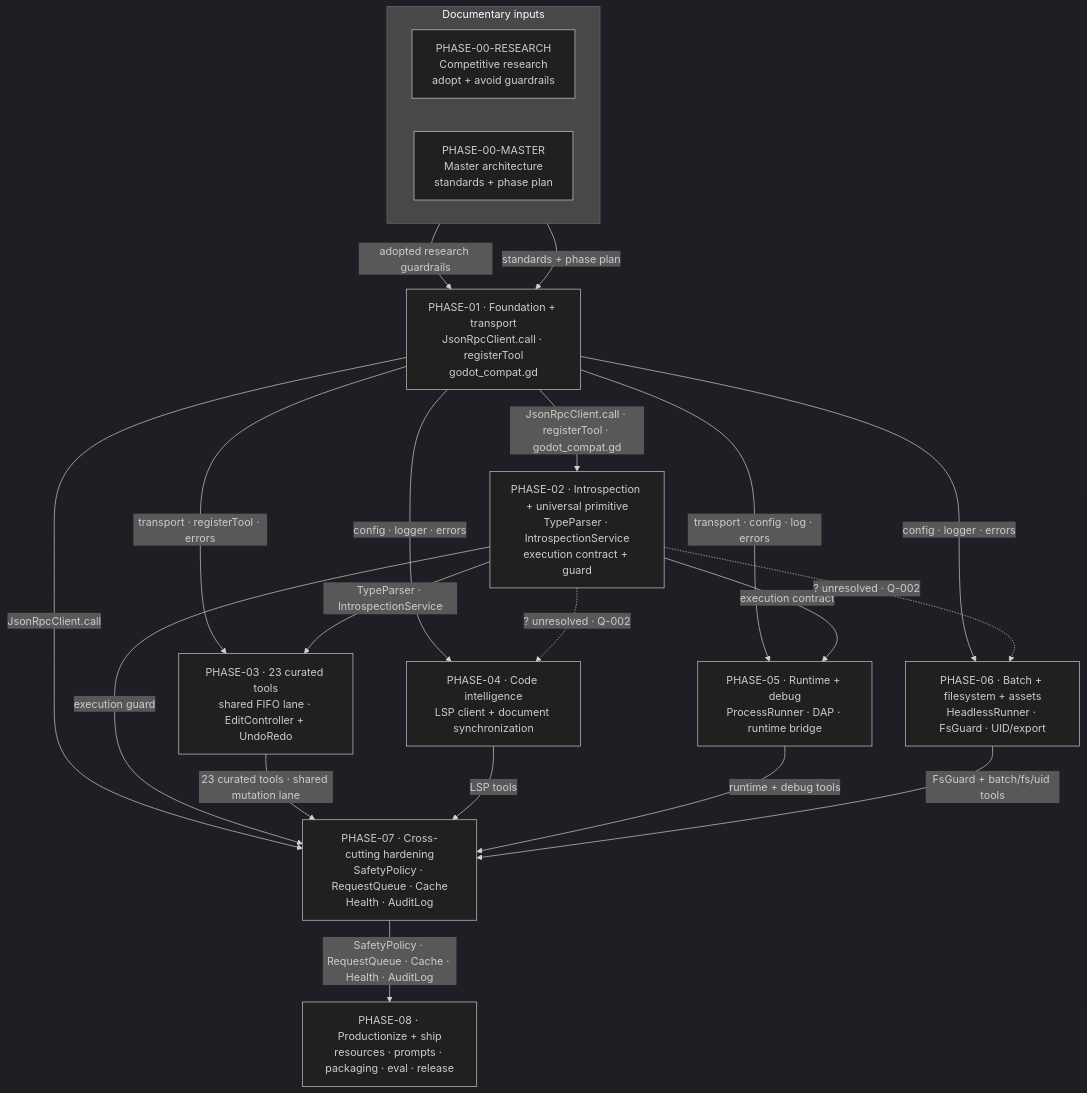
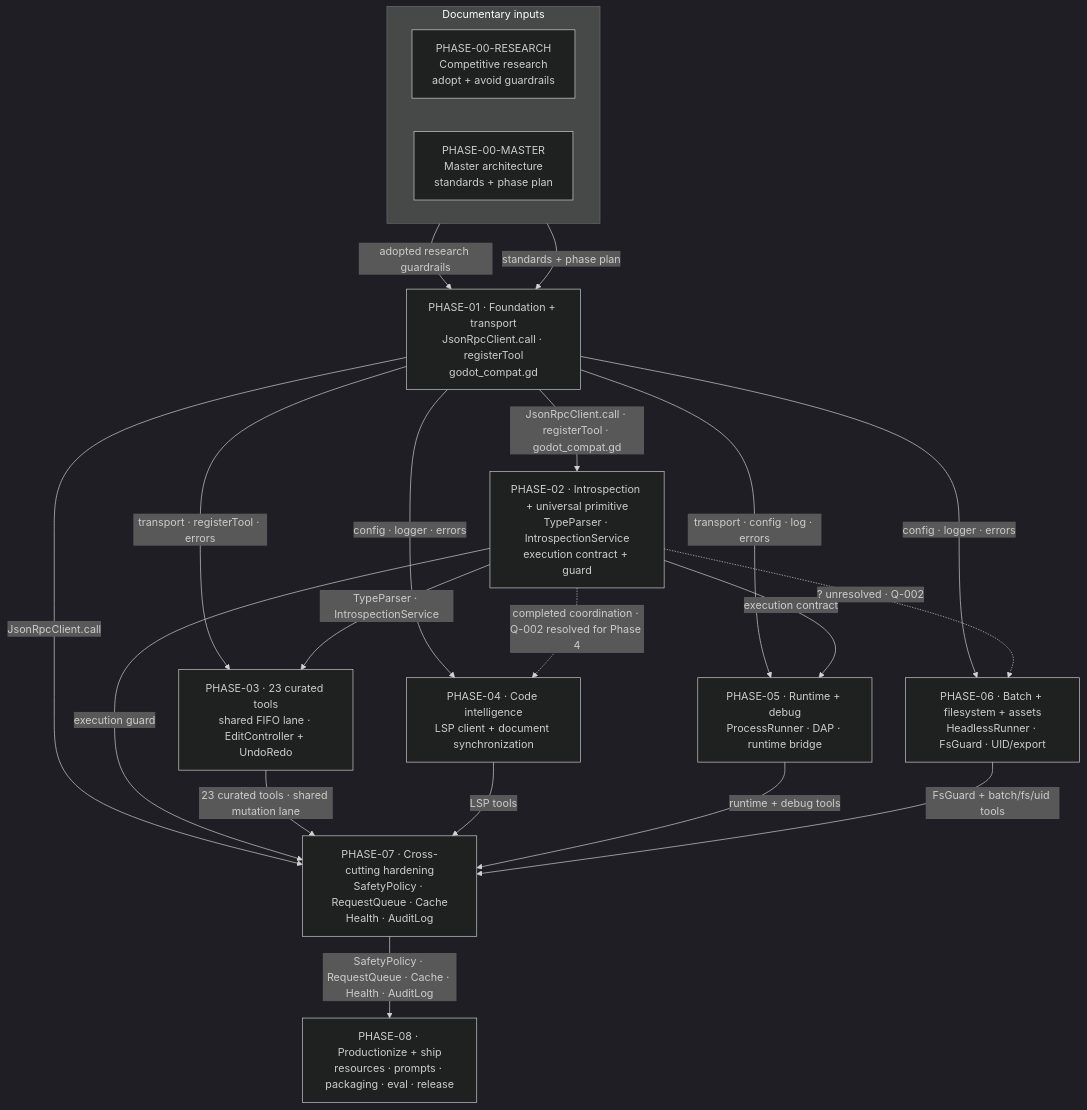
The diagram in docs/architecture/03-phase-dependencies.md (9thLevelSoftware/robogodot), drawn with Mermaid (dark theme) before and after one commit. The commit also changed other lines of this file and 15 other files, not shown here.

````diff
--- a/docs/architecture/03-phase-dependencies.md
+++ b/docs/architecture/03-phase-dependencies.md
@@ -16,72 +16,72 @@
 ```mermaid
 flowchart TB
   accTitle: Godot Control MCP phase dependencies and interface handoffs
-  accDescr: Competitive research and the master architecture feed Phase 1. Phase 1 feeds the Phase 2 spine and Phases 3 through 7. Phases 3 through 6 form a parallel work row, with unresolved dotted Phase 2 prerequisites for Phases 4 and 6. Phases 1 through 6 converge on Phase 7, which feeds Phase 8.
+  accDescr: Competitive research and the master architecture feed Phase 1. Phase 1 feeds the Phase 2 spine and Phases 3 through 7. Phases 3 through 6 form a parallel work row. Phase 2 is a completed coordination milestone for Phase 4, while its possible Phase 6 prerequisite remains unresolved. Phases 1 through 6 converge on Phase 7, which feeds Phase 8.
 
   subgraph DOCUMENTARY_INPUTS["Documentary inputs"]
     direction LR
     %% atlas-node: PHASE-00-RESEARCH
     PHASE_00_RESEARCH["PHASE-00-RESEARCH<br/>Competitive research<br/>adopt + avoid guardrails"]
     %% atlas-node: PHASE-00-MASTER
     PHASE_00_MASTER["PHASE-00-MASTER<br/>Master architecture<br/>standards + phase plan"]
   end
 
   %% atlas-node: PHASE-01
   PHASE_01["PHASE-01 · Foundation + transport<br/>JsonRpcClient.call · registerTool<br/>godot_compat.gd"]
 
   %% atlas-node: PHASE-02
   PHASE_02["PHASE-02 · Introspection + universal primitive<br/>TypeParser · IntrospectionService<br/>execution contract + guard"]
 
   %% Phases 3–6 share the same dependency depth so Dagre keeps them on one rank.
   %% atlas-node: PHASE-03
   PHASE_03["PHASE-03 · 23 curated tools<br/>shared FIFO lane · EditController + UndoRedo"]
   %% atlas-node: PHASE-04
   PHASE_04["PHASE-04 · Code intelligence<br/>LSP client + document synchronization"]
   %% atlas-node: PHASE-05
   PHASE_05["PHASE-05 · Runtime + debug<br/>ProcessRunner · DAP · runtime bridge"]
   %% atlas-node: PHASE-06
   PHASE_06["PHASE-06 · Batch + filesystem + assets<br/>HeadlessRunner · FsGuard · UID/export"]
 
   %% atlas-node: PHASE-07
   PHASE_07["PHASE-07 · Cross-cutting hardening<br/>SafetyPolicy · RequestQueue · Cache<br/>Health · AuditLog"]
 
   %% atlas-node: PHASE-08
   PHASE_08["PHASE-08 · Productionize + ship<br/>resources · prompts · packaging · eval · release"]
 
   %% atlas-flow: FLOW-PH-001
   PHASE_00_RESEARCH -->|"adopted research guardrails"| PHASE_01
   %% atlas-flow: FLOW-PH-002
   PHASE_00_MASTER -->|"standards + phase plan"| PHASE_01
   %% atlas-flow: FLOW-PH-003
   PHASE_01 -->|"JsonRpcClient.call · registerTool · godot_compat.gd"| PHASE_02
   %% atlas-flow: FLOW-PH-004
   PHASE_01 -->|"transport · registerTool · errors"| PHASE_03
   %% atlas-flow: FLOW-PH-005
   PHASE_02 -->|"TypeParser · IntrospectionService"| PHASE_03
   %% atlas-flow: FLOW-PH-006
   PHASE_01 -->|"config · logger · errors"| PHASE_04
   %% atlas-flow: FLOW-PH-007
-  PHASE_02 -.->|"? unresolved · Q-002"| PHASE_04
+  PHASE_02 -.->|"completed coordination · Q-002 resolved for Phase 4"| PHASE_04
   %% atlas-flow: FLOW-PH-008
   PHASE_01 -->|"transport · config · log · errors"| PHASE_05
   %% atlas-flow: FLOW-PH-009
   PHASE_02 -->|"execution contract"| PHASE_05
   %% atlas-flow: FLOW-PH-010
   PHASE_01 -->|"config · logger · errors"| PHASE_06
   %% atlas-flow: FLOW-PH-011
   PHASE_02 -.->|"? unresolved · Q-002"| PHASE_06
   %% atlas-flow: FLOW-PH-012
   PHASE_01 -->|"JsonRpcClient.call"| PHASE_07
   %% atlas-flow: FLOW-PH-013
   PHASE_02 -->|"execution guard"| PHASE_07
   %% atlas-flow: FLOW-PH-014
   PHASE_03 -->|"23 curated tools · shared mutation lane"| PHASE_07
   %% atlas-flow: FLOW-PH-015
   PHASE_04 -->|"LSP tools"| PHASE_07
   %% atlas-flow: FLOW-PH-016
   PHASE_05 -->|"runtime + debug tools"| PHASE_07
   %% atlas-flow: FLOW-PH-017
   PHASE_06 -->|"FsGuard + batch/fs/uid tools"| PHASE_07
   %% atlas-flow: FLOW-PH-018
   PHASE_07 -->|"SafetyPolicy · RequestQueue · Cache · Health · AuditLog"| PHASE_08
 ```
````
